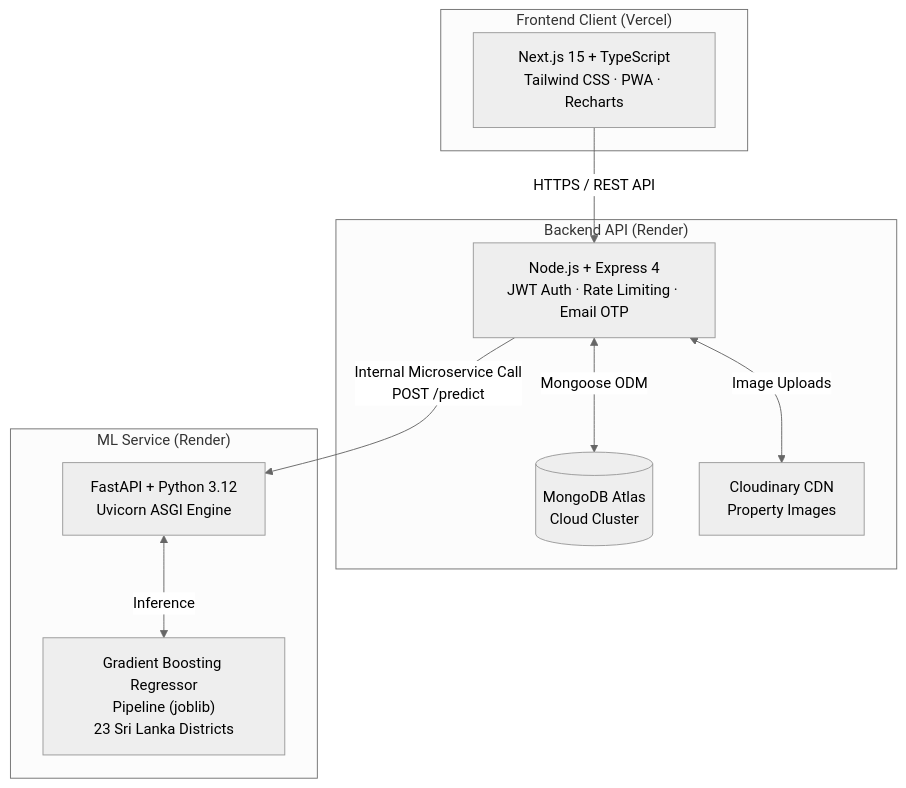
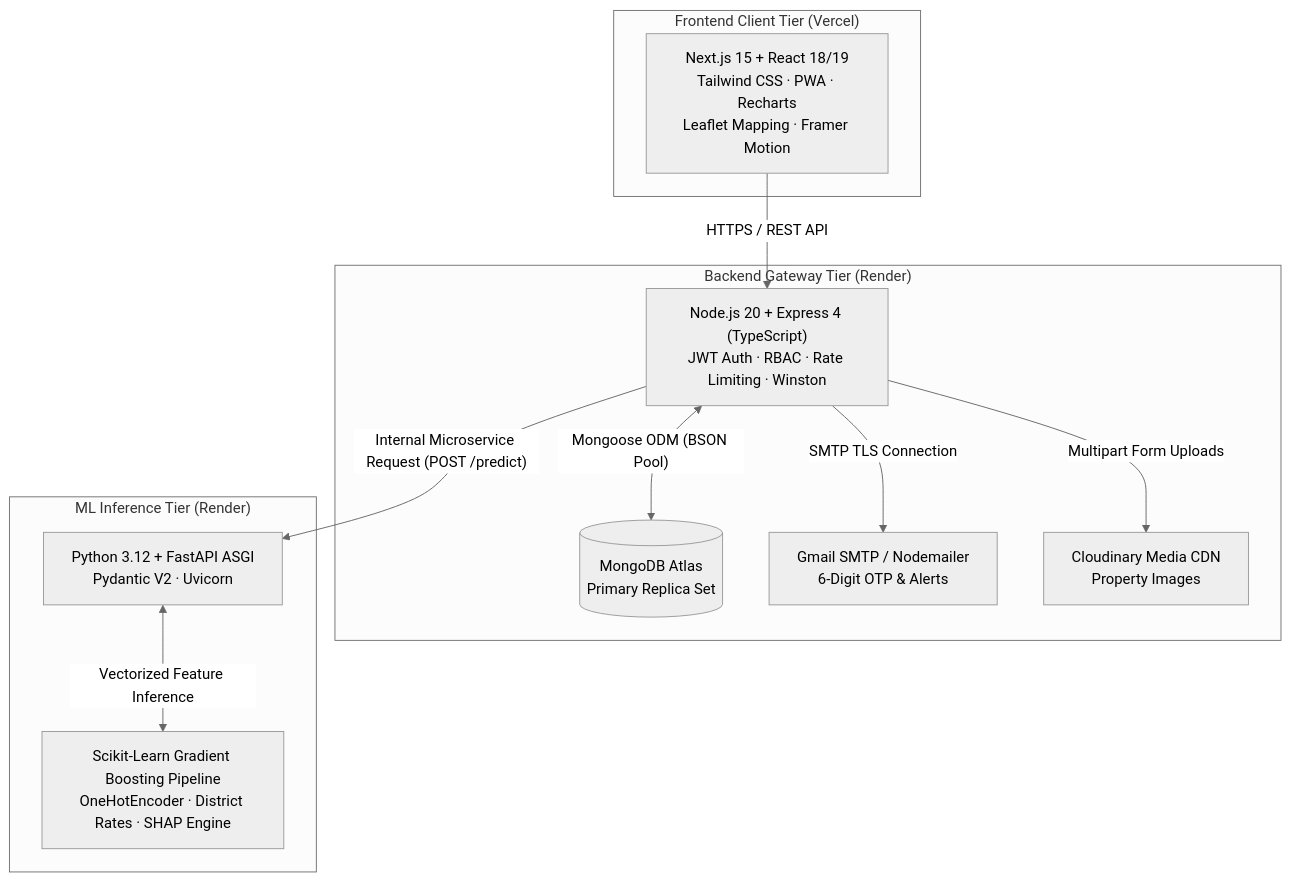
One commit to Sathurjanv23/RealEstateIQ changed the diagram in RealEstateIQ/README.md. Above: the diagram before and after it, drawn with Mermaid (neutral theme). The commit also changed other lines of this file and 1 other file, not shown here.

````diff
--- a/RealEstateIQ/README.md
+++ b/RealEstateIQ/README.md
@@ -33,23 +70,25 @@
 ```mermaid
 flowchart TD
-    subgraph Client["Frontend Client (Vercel)"]
-        UI["Next.js 15 + TypeScript\nTailwind CSS · PWA · Recharts"]
+    subgraph ClientLayer["Frontend Client Tier (Vercel)"]
+        UI["Next.js 15 + React 18/19\nTailwind CSS · PWA · Recharts\nLeaflet Mapping · Framer Motion"]
     end
 
-    subgraph BackendGateway["Backend API (Render)"]
-        API["Node.js + Express 4\nJWT Auth · Rate Limiting · Email OTP"]
-        DB[(MongoDB Atlas\nCloud Cluster)]
-        CDN["Cloudinary CDN\nProperty Images"]
+    subgraph APIGateway["Backend Gateway Tier (Render)"]
+        API["Node.js 20 + Express 4 (TypeScript)\nJWT Auth · RBAC · Rate Limiting · Winston"]
+        DB[(MongoDB Atlas\nPrimary Replica Set)]
+        EMAIL["Gmail SMTP / Nodemailer\n6-Digit OTP & Alerts"]
+        STORAGE["Cloudinary Media CDN\nProperty Images"]
     end
 
-    subgraph MLEngine["ML Service (Render)"]
-        FASTAPI["FastAPI + Python 3.12\nUvicorn ASGI Engine"]
-        MODEL["Gradient Boosting Regressor\nPipeline (joblib)\n23 Sri Lanka Districts"]
+    subgraph MLEngine["ML Inference Tier (Render)"]
+        FASTAPI["Python 3.12 + FastAPI ASGI\nPydantic V2 · Uvicorn"]
+        PIPELINE["Scikit-Learn Gradient Boosting Pipeline\nOneHotEncoder · District Rates · SHAP Engine"]
     end
 
     UI -->|"HTTPS / REST API"| API
-    API <-->|"Mongoose ODM"| DB
-    API <-->|"Image Uploads"| CDN
-    API -->|"Internal Microservice Call\nPOST /predict"| FASTAPI
-    FASTAPI <-->|"Inference"| MODEL
+    API <-->|"Mongoose ODM (BSON Pool)"| DB
+    API -->|"Multipart Form Uploads"| STORAGE
+    API -->|"SMTP TLS Connection"| EMAIL
+    API -->|"Internal Microservice Request (POST /predict)"| FASTAPI
+    FASTAPI <-->|"Vectorized Feature Inference"| PIPELINE
 ```
````
